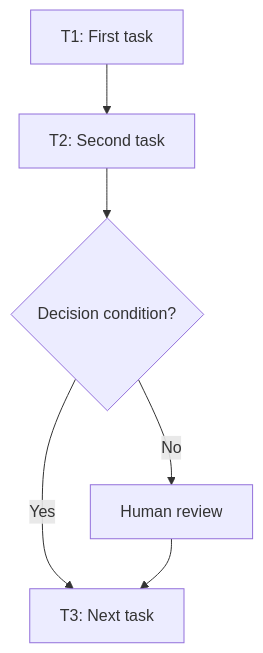
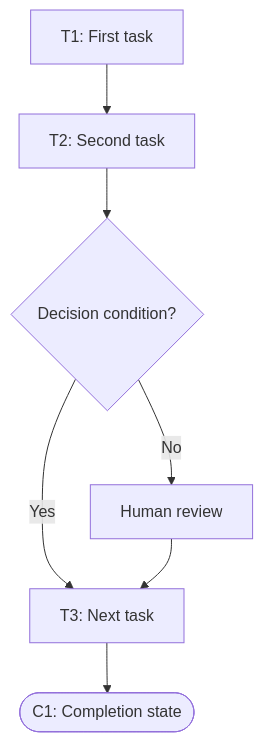
The diagram in my_first_agent/agent/workflow-of-tasks.md (BUS4498/BUS4498_InClass_Builds), drawn with Mermaid before and after one commit.

````diff
--- a/my_first_agent/agent/workflow-of-tasks.md
+++ b/my_first_agent/agent/workflow-of-tasks.md
@@ -25,8 +25,9 @@
 ```mermaid
 flowchart TD
     T1["T1: First task"] --> T2["T2: Second task"]
     T2 --> D1{"Decision condition?"}
     D1 -->|Yes| T3["T3: Next task"]
     D1 -->|No| H1["Human review"]
     H1 --> T3
+    T3 --> C1([C1: Completion state])
 ```
````
